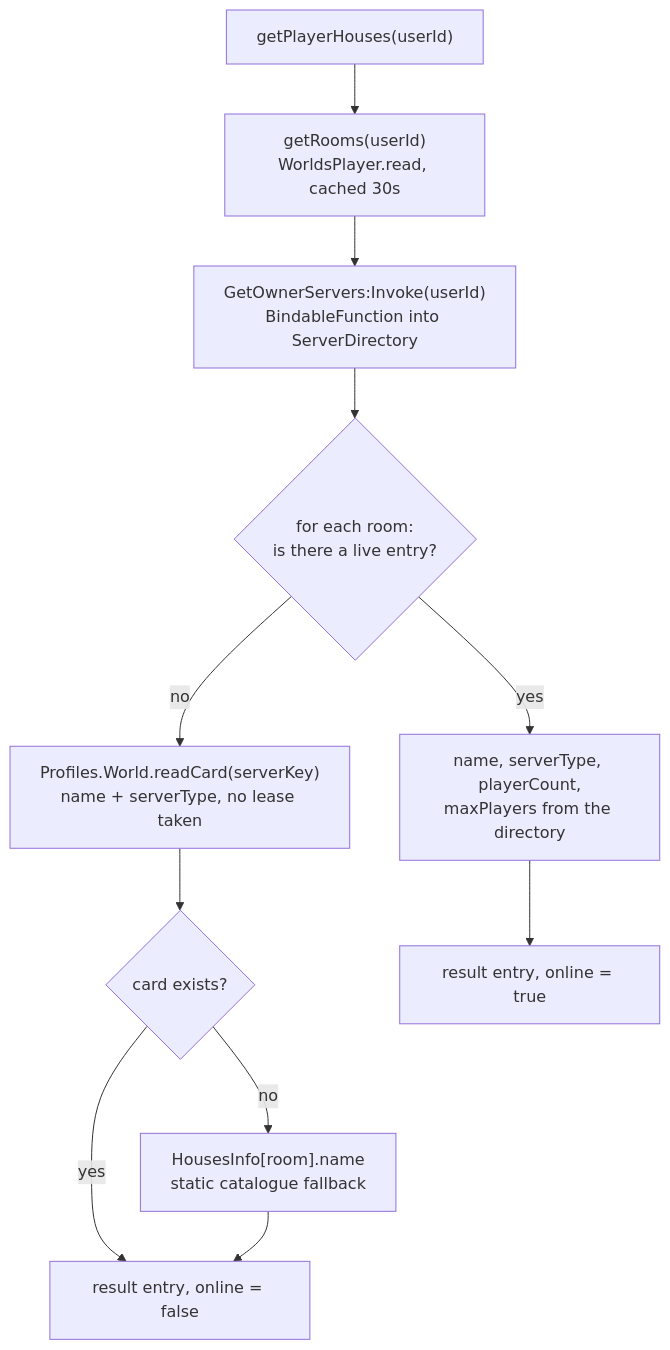
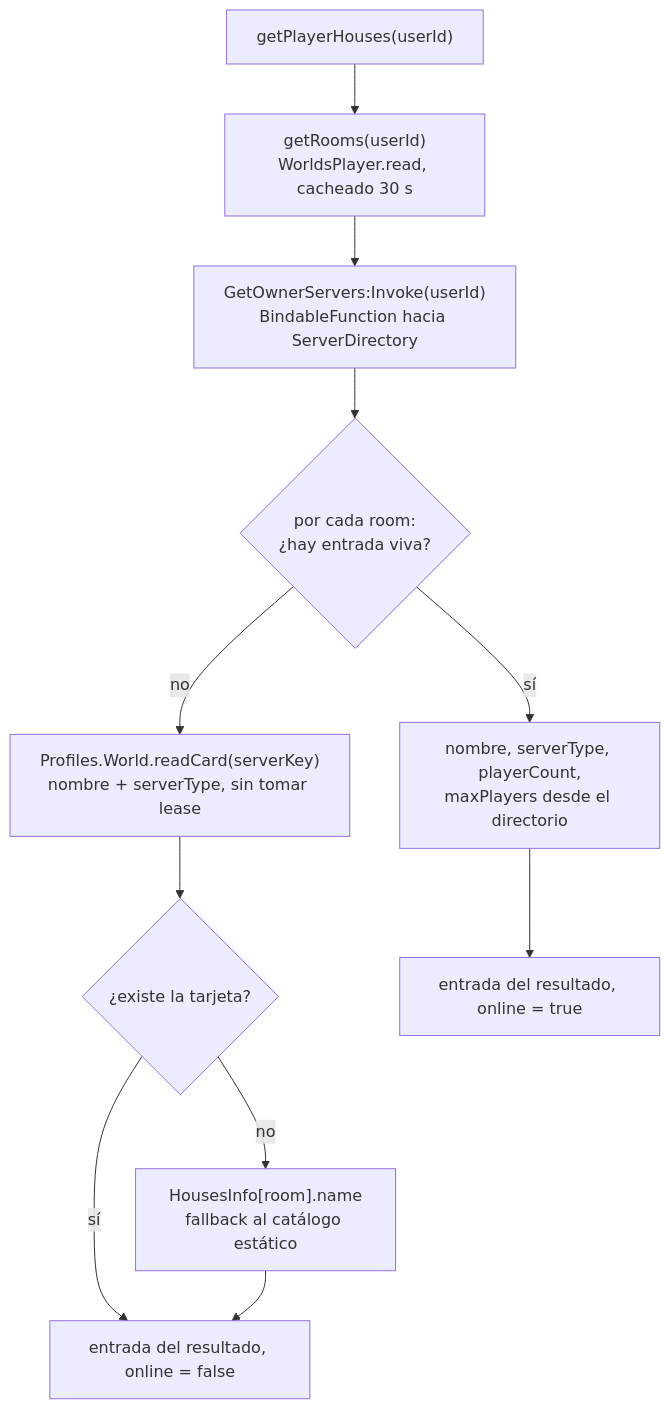
Before and after one commit to Arclyne/voz-hispana: the second of 2 diagrams in docs/systems/housing/identity.md, drawn with Mermaid. The commit also changed other lines of this file and 6 other files, not shown here.

````diff
--- a/docs/systems/housing/identity.md
+++ b/docs/systems/housing/identity.md
@@ -192,13 +195,13 @@
 ```mermaid
 flowchart TD
-    A["getPlayerHouses(userId)"] --> B["getRooms(userId)<br/>WorldsPlayer.read, cached 30s"]
-    B --> C["GetOwnerServers:Invoke(userId)<br/>BindableFunction into ServerDirectory"]
-    C --> D{"for each room:<br/>is there a live entry?"}
-    D -- yes --> E["name, serverType, playerCount,<br/>maxPlayers from the directory"]
-    D -- no --> F["Profiles.World.readCard(serverKey)<br/>name + serverType, no lease taken"]
-    F --> G{"card exists?"}
-    G -- no --> H["HousesInfo[room].name<br/>static catalogue fallback"]
-    E --> I["result entry, online = true"]
-    G -- yes --> J["result entry, online = false"]
+    A["getPlayerHouses(userId)"] --> B["getRooms(userId)<br/>WorldsPlayer.read, cacheado 30 s"]
+    B --> C["GetOwnerServers:Invoke(userId)<br/>BindableFunction hacia ServerDirectory"]
+    C --> D{"por cada room:<br/>¿hay entrada viva?"}
+    D -- sí --> E["nombre, serverType, playerCount,<br/>maxPlayers desde el directorio"]
+    D -- no --> F["Profiles.World.readCard(serverKey)<br/>nombre + serverType, sin tomar lease"]
+    F --> G{"¿existe la tarjeta?"}
+    G -- no --> H["HousesInfo[room].name<br/>fallback al catálogo estático"]
+    E --> I["entrada del resultado, online = true"]
+    G -- sí --> J["entrada del resultado, online = false"]
     H --> J
 ```
````
